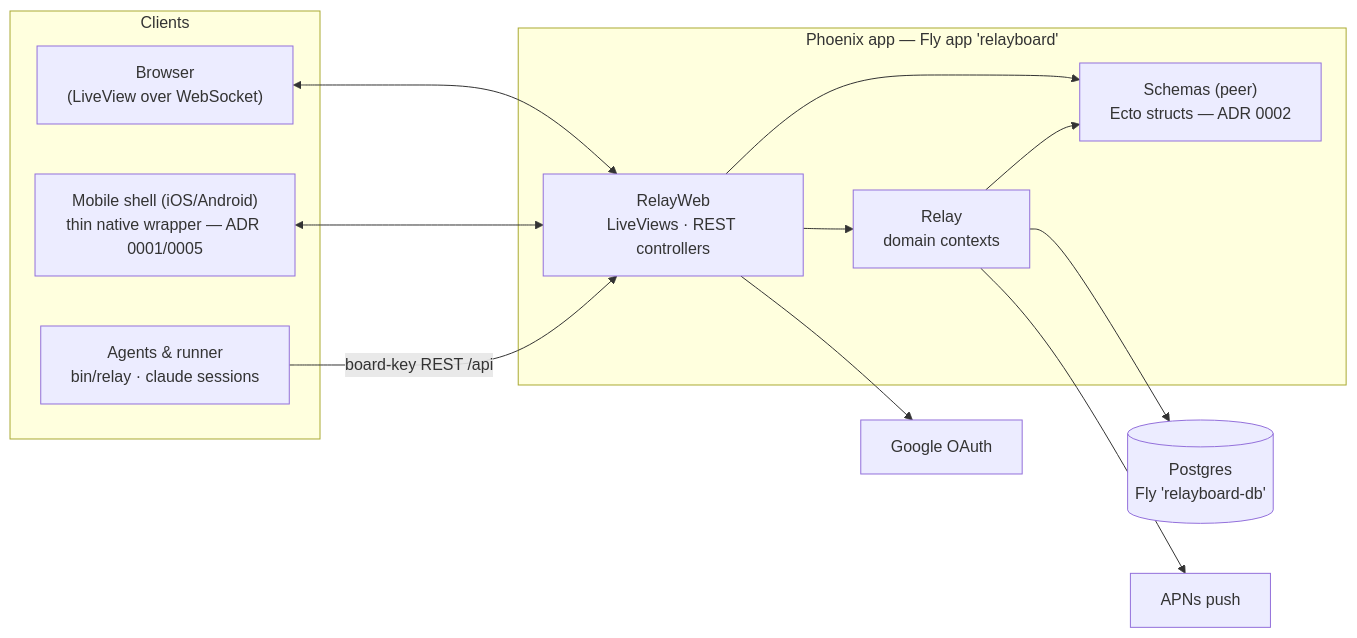
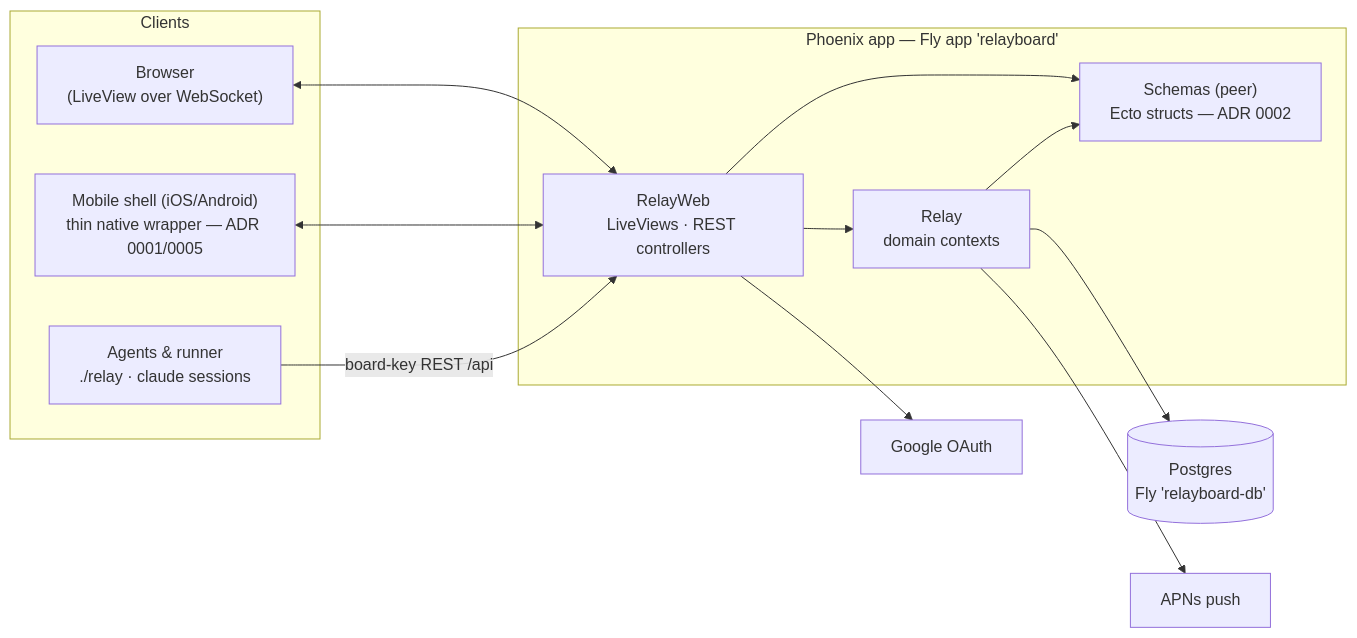
The diagram in docs/architecture/README.md (jeremylightsmith/relay), drawn with Mermaid before and after one commit. The commit also changed other lines of this file and 169 other files, not shown here.

````diff
--- a/docs/architecture/README.md
+++ b/docs/architecture/README.md
@@ -15,25 +15,25 @@
 ```mermaid
 flowchart LR
     subgraph client["Clients"]
         browser["Browser<br/>(LiveView over WebSocket)"]
         mobile["Mobile shell (iOS/Android)<br/>thin native wrapper — ADR 0001/0005"]
-        agents["Agents & runner<br/>bin/relay · claude sessions"]
+        agents["Agents & runner<br/>./relay · claude sessions"]
     end
     subgraph fly["Phoenix app — Fly app 'relayboard'"]
         web["RelayWeb<br/>LiveViews · REST controllers"]
         domain["Relay<br/>domain contexts"]
         schemas["Schemas (peer)<br/>Ecto structs — ADR 0002"]
         web --> domain
         web --> schemas
         domain --> schemas
     end
     pg[("Postgres<br/>Fly 'relayboard-db'")]
     google["Google OAuth"]
     apns["APNs push"]
     browser <--> web
     mobile <--> web
     agents -- "board-key REST /api" --> web
     domain --> pg
     web --> google
     domain --> apns
 ```
````
